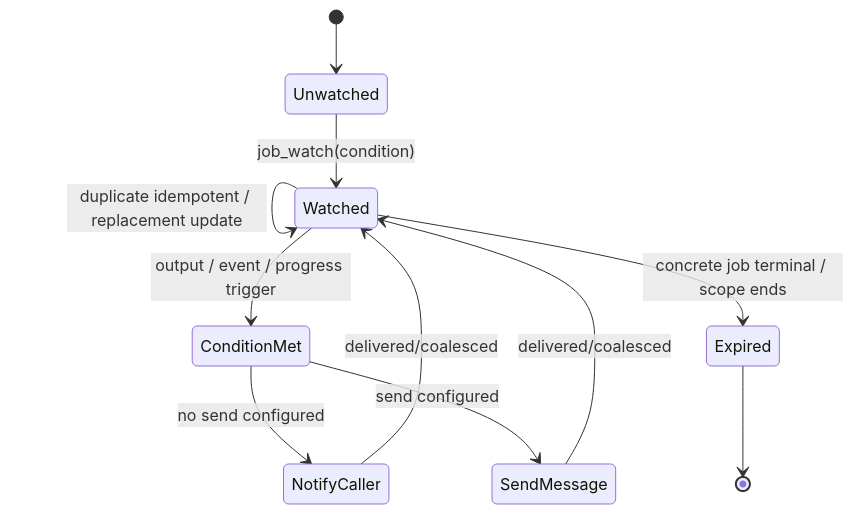
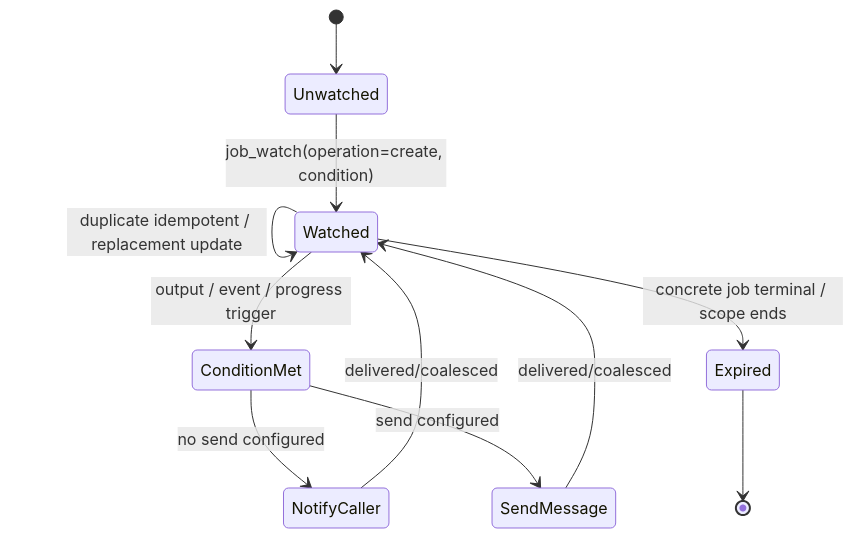
Before and after one commit to prime-radiant-inc/evener: the third of 7 diagrams in docs/job-control.md, drawn with Mermaid. The commit also changed other lines of this file and 19 other files, not shown here.

````diff
--- a/docs/job-control.md
+++ b/docs/job-control.md
@@ -596,13 +620,13 @@
 ```mermaid
 stateDiagram-v2
     [*] --> Unwatched
-    Unwatched --> Watched: job_watch(condition)
+    Unwatched --> Watched: job_watch(operation=create, condition)
     Watched --> Watched: duplicate idempotent / replacement update
     Watched --> ConditionMet: output / event / progress trigger
     ConditionMet --> NotifyCaller: no send configured
     ConditionMet --> SendMessage: send configured
     SendMessage --> Watched: delivered/coalesced
     NotifyCaller --> Watched: delivered/coalesced
     Watched --> Expired: concrete job terminal / scope ends
     Expired --> [*]
 ```
````
